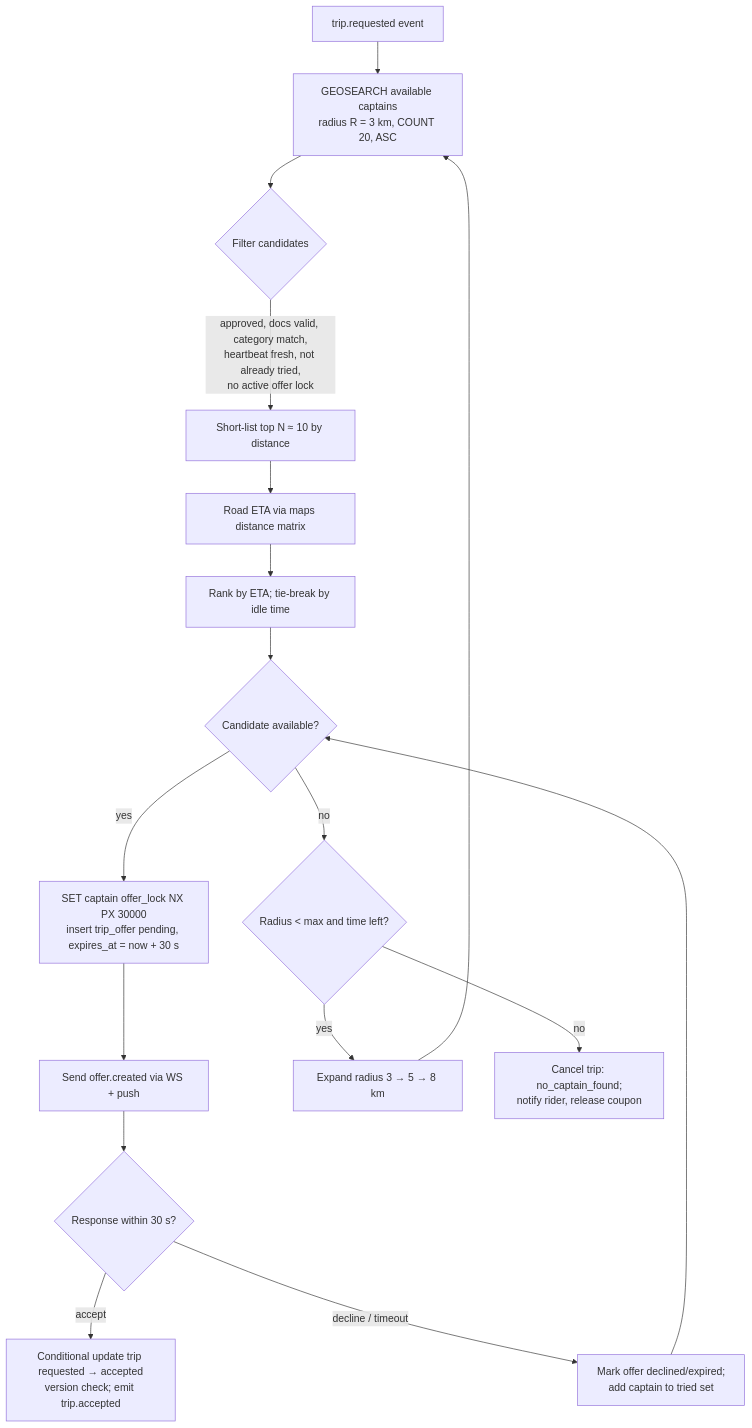
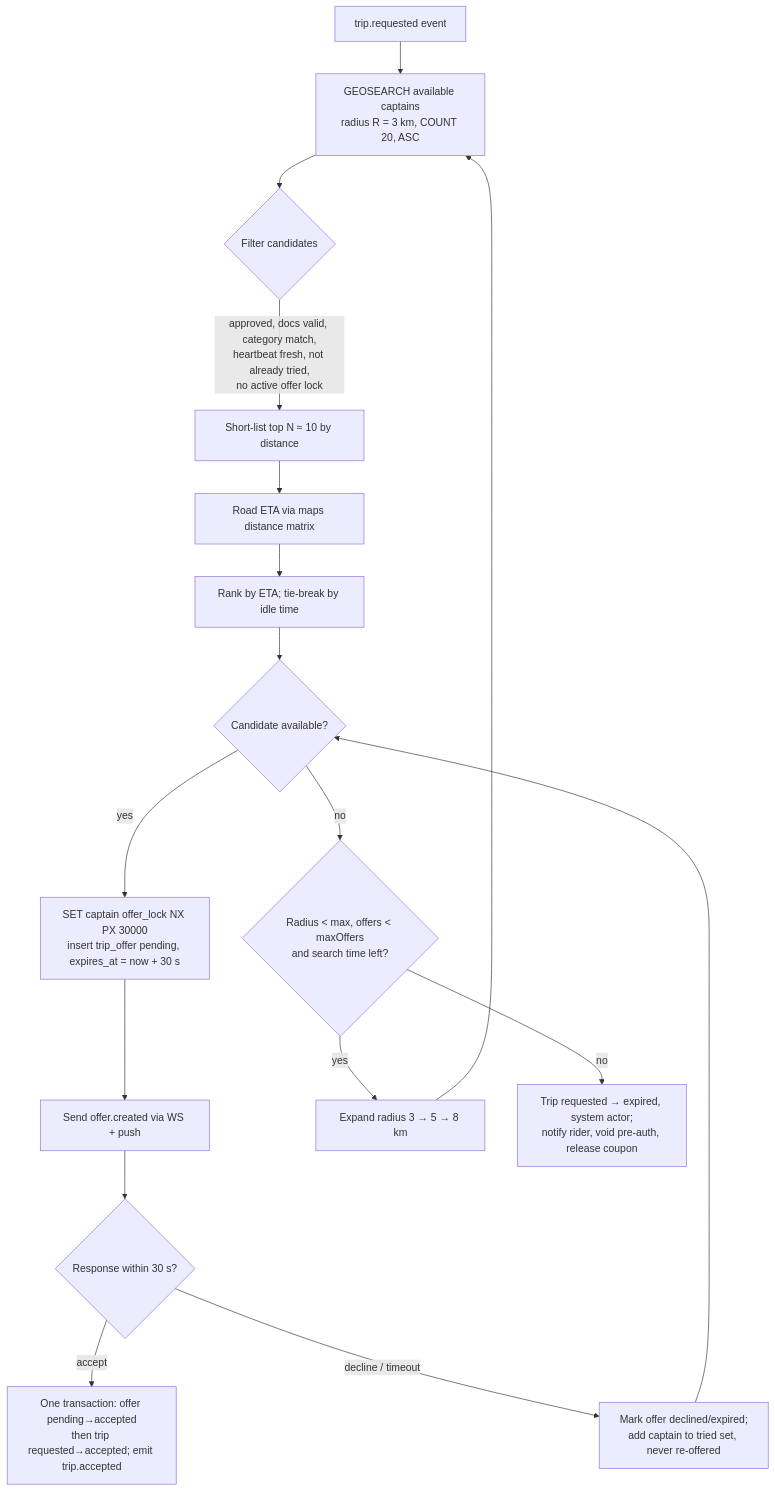
Before and after one commit to jksoftwaresolutions/mashwar-prototype: the second of 3 diagrams in docs/phase1/07-backend-architecture.md, drawn with Mermaid. The commit also changed other lines of this file and 286 other files, not shown here.

````diff
--- a/docs/phase1/07-backend-architecture.md
+++ b/docs/phase1/07-backend-architecture.md
@@ -197,18 +202,18 @@
 ```mermaid
 flowchart TD
   A[trip.requested event] --> B[GEOSEARCH available captains<br/>radius R = 3 km, COUNT 20, ASC]
   B --> C{Filter candidates}
   C -->|approved, docs valid, category match,<br/>heartbeat fresh, not already tried,<br/>no active offer lock| D[Short-list top N ≈ 10 by distance]
   D --> E[Road ETA via maps distance matrix]
   E --> F[Rank by ETA; tie-break by idle time]
   F --> G{Candidate available?}
   G -->|yes| H[SET captain offer_lock NX PX 30000<br/>insert trip_offer pending, expires_at = now + 30 s]
   H --> I[Send offer.created via WS + push]
   I --> J{Response within 30 s?}
-  J -->|accept| K[Conditional update trip requested → accepted<br/>version check; emit trip.accepted]
-  J -->|decline / timeout| L[Mark offer declined/expired;<br/>add captain to tried set]
+  J -->|accept| K[One transaction: offer pending→accepted<br/>then trip requested→accepted; emit trip.accepted]
+  J -->|decline / timeout| L[Mark offer declined/expired;<br/>add captain to tried set, never re-offered]
   L --> G
-  G -->|no| M{Radius < max and time left?}
+  G -->|no| M{Radius < max, offers < maxOffers<br/>and search time left?}
   M -->|yes| N[Expand radius 3 → 5 → 8 km] --> B
-  M -->|no| O[Cancel trip: no_captain_found;<br/>notify rider, release coupon]
+  M -->|no| O[Trip requested → expired, system actor;<br/>notify rider, void pre-auth, release coupon]
 ```
````
